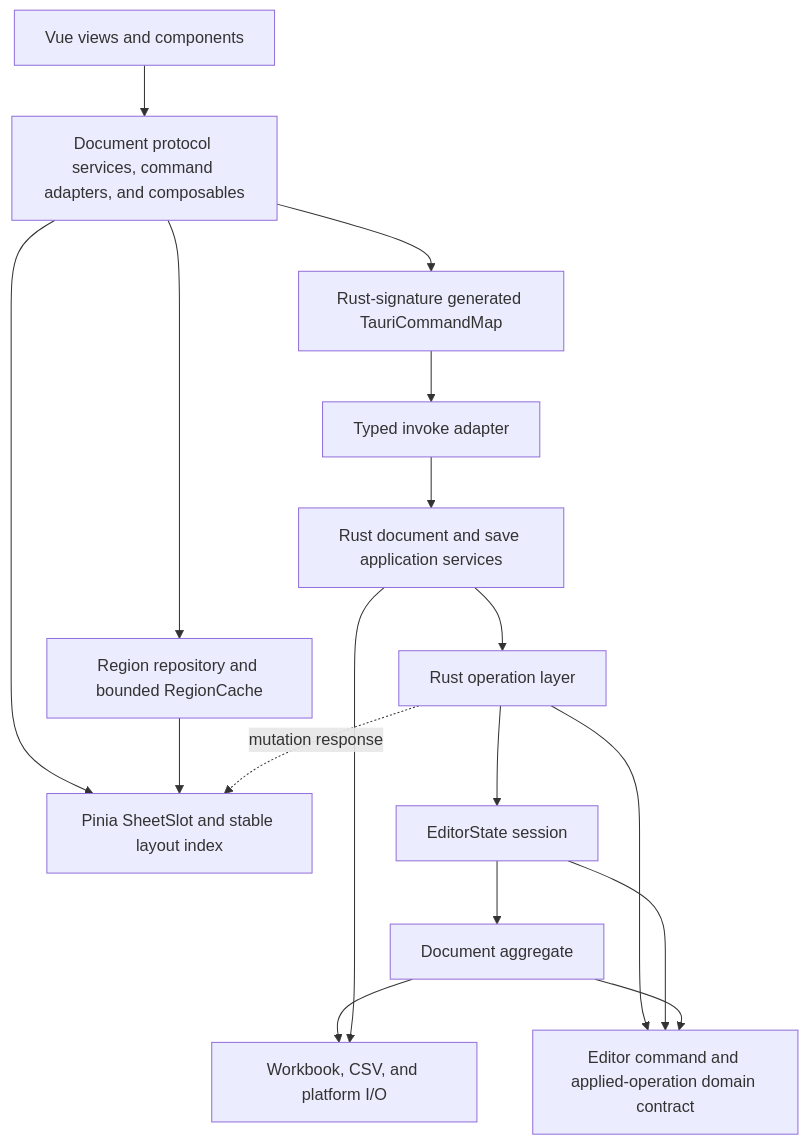
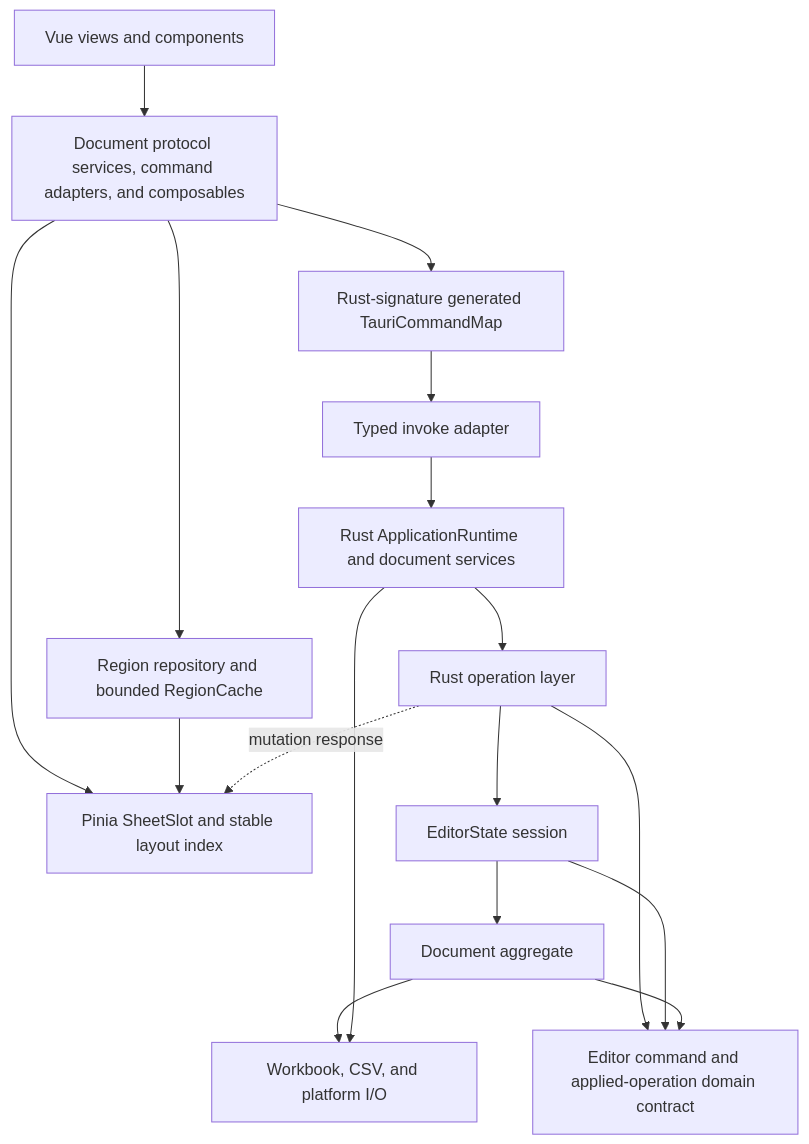
The diagram in docs/architecture.md (mingchiuli/simple-table), drawn with Mermaid before and after one commit. The commit also changed other lines of this file and 59 other files, not shown here.

````diff
--- a/docs/architecture.md
+++ b/docs/architecture.md
@@ -8,24 +8,24 @@
 ```mermaid
 flowchart TB
     UI[Vue views and components]
     APP[Document protocol services, command adapters, and composables]
     STORE[Pinia SheetSlot and stable layout index]
     REGION[Region repository and bounded RegionCache]
     RPC[Rust-signature generated TauriCommandMap]
     IPC[Typed invoke adapter]
-    SERVICE[Rust document and save application services]
+    SERVICE[Rust ApplicationRuntime and document services]
     OPS[Rust operation layer]
     STATE[EditorState session]
     DOMAIN[Editor command and applied-operation domain contract]
     DOC[Document aggregate]
     IO[Workbook, CSV, and platform I/O]
 
     UI --> APP --> STORE
     APP --> REGION --> STORE
     APP --> RPC --> IPC --> SERVICE --> OPS --> STATE --> DOC --> IO
     OPS --> DOMAIN
     STATE --> DOMAIN
     DOC --> DOMAIN
     SERVICE --> IO
     OPS -. mutation response .-> STORE
 ```
````
